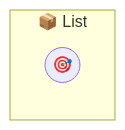
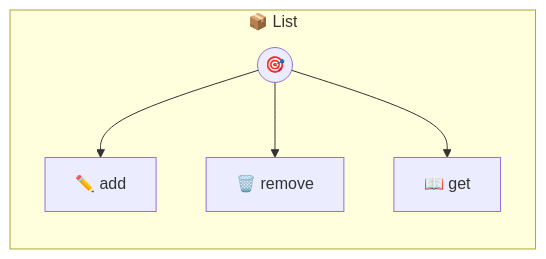
Before and after one commit to portel-dev/photons: the diagram in list.md, drawn with Mermaid. The commit also changed other lines of this file and 13 other files, not shown here.

````diff
--- a/list.md
+++ b/list.md
@@ -30,7 +77,13 @@
 ```mermaid
 flowchart LR
     subgraph list["📦 List"]
         direction TB
         PHOTON((🎯))
+        T0[✏️ add]
+        PHOTON --> T0
+        T1[🗑️ remove]
+        PHOTON --> T1
+        T2[📖 get]
+        PHOTON --> T2
     end
 ```
````
